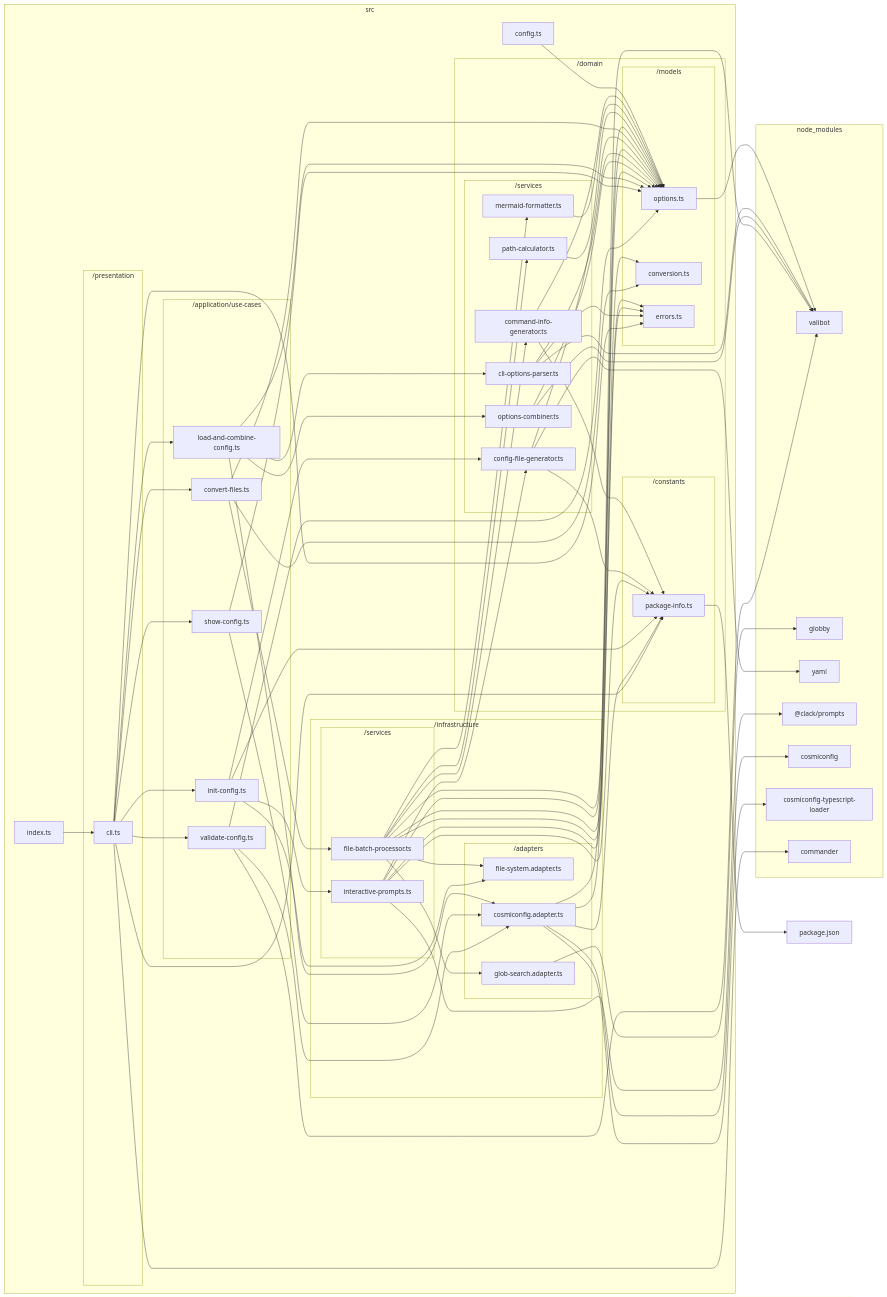
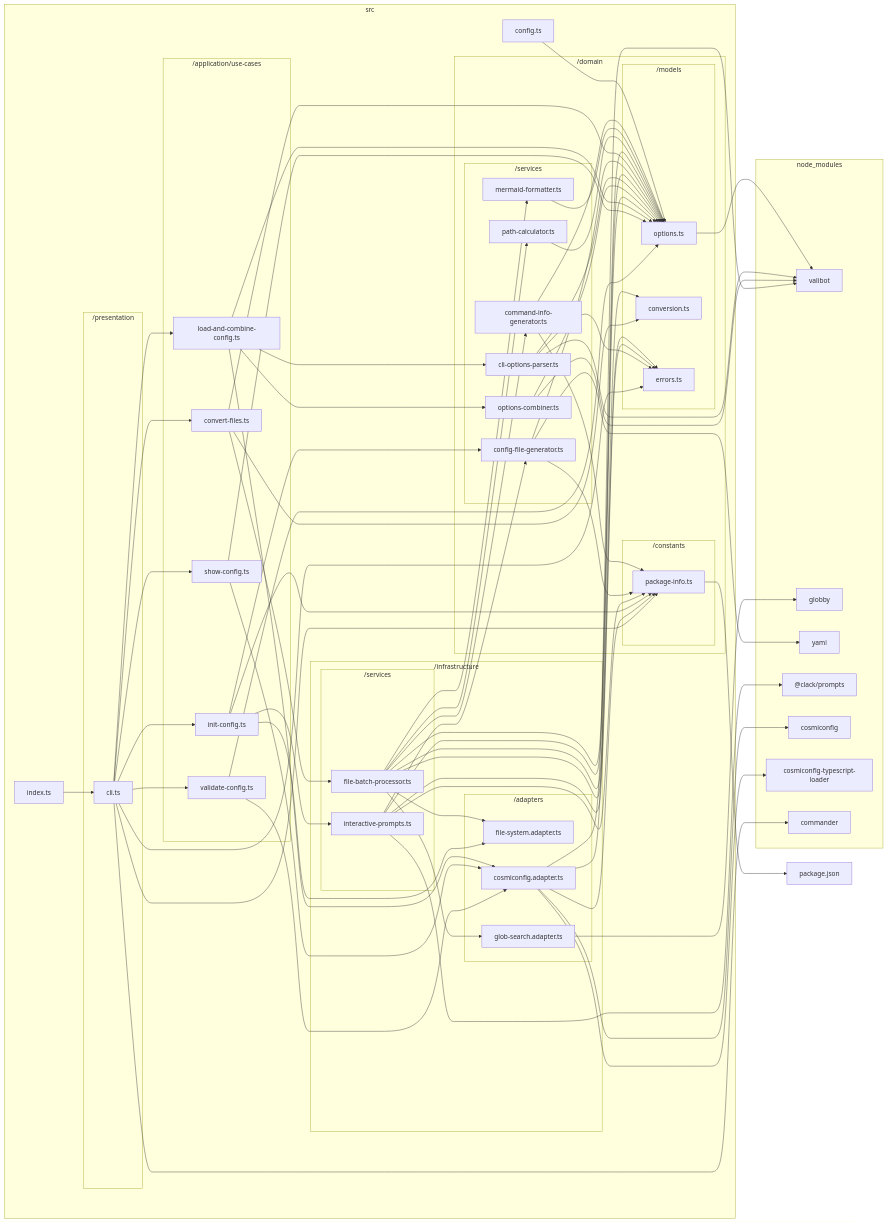
One commit to sugurutakahashi-1234/mermaid-markdown-wrap changed the diagram in docs/reports/dependencies/deps-graph.md. Above: the diagram before and after it, drawn with Mermaid. The commit also changed 3 other files, not shown here.

```diff
--- a/docs/reports/dependencies/deps-graph.md
+++ b/docs/reports/dependencies/deps-graph.md
@@ -105,7 +105,6 @@
     src/application/use//cases/load//and//combine//config.ts-->src/infrastructure/adapters/cosmiconfig.adapter.ts
     src/application/use//cases/show//config.ts-->src/domain/models/options.ts
     src/application/use//cases/show//config.ts-->src/infrastructure/adapters/cosmiconfig.adapter.ts
-    src/application/use//cases/validate//config.ts-->node//modules/valibot/dist/index.d.cts
     src/application/use//cases/validate//config.ts-->src/domain/models/options.ts
     src/application/use//cases/validate//config.ts-->src/infrastructure/adapters/cosmiconfig.adapter.ts
     src/presentation/cli.ts-->node//modules/commander/typings/index.d.ts
```
